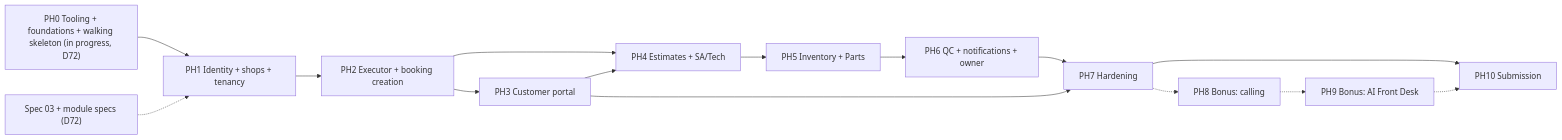
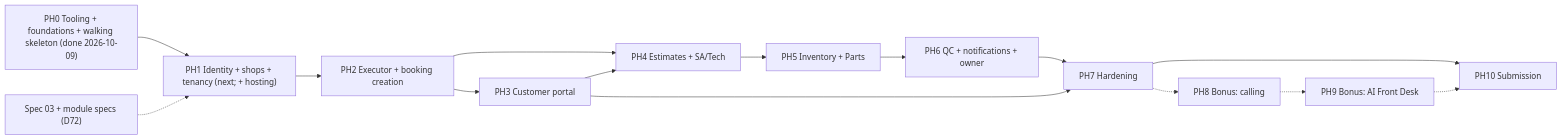
One commit to Haseebraza12/bayflow-loopverse-hackhathon- changed the diagram in .claude/specs/14-roadmap.md. Above: the diagram before and after it, drawn with Mermaid. The commit also changed other lines of this file and 26 other files, not shown here.

````diff
--- a/.claude/specs/14-roadmap.md
+++ b/.claude/specs/14-roadmap.md
@@ -344,17 +353,17 @@
 ```mermaid
 graph LR
-    PH0["PH0 Tooling + foundations + walking skeleton (in progress, D72)"] --> PH1["PH1 Identity + shops + tenancy"]
+    PH0["PH0 Tooling + foundations + walking skeleton (done 2026-10-09)"] --> PH1["PH1 Identity + shops + tenancy (next; + hosting)"]
     S03["Spec 03 + module specs (D72)"] -.-> PH1
     PH1 --> PH2["PH2 Executor + booking creation"]
     PH2 --> PH4["PH4 Estimates + SA/Tech"]
     PH4 --> PH5["PH5 Inventory + Parts"]
     PH5 --> PH6["PH6 QC + notifications + owner"]
     PH6 --> PH7["PH7 Hardening"]
     PH7 --> PH10["PH10 Submission"]
     PH2 --> PH3["PH3 Customer portal"]
     PH3 --> PH4
     PH3 --> PH7
     PH7 -.-> PH8["PH8 Bonus: calling"]
     PH8 -.-> PH9["PH9 Bonus: AI Front Desk"]
     PH9 -.-> PH10
 ```
````
